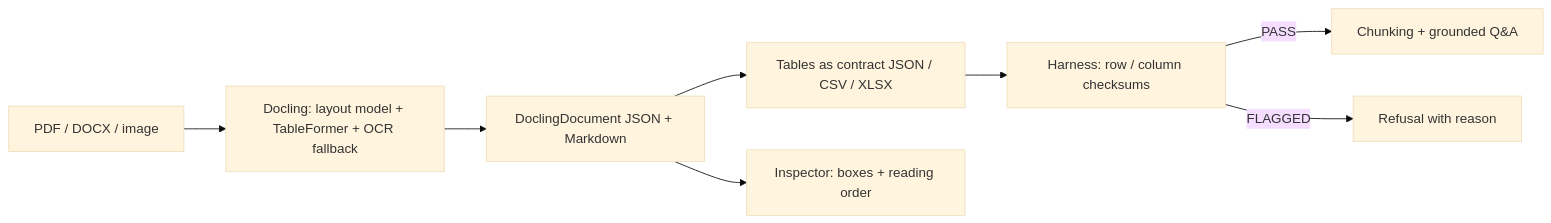
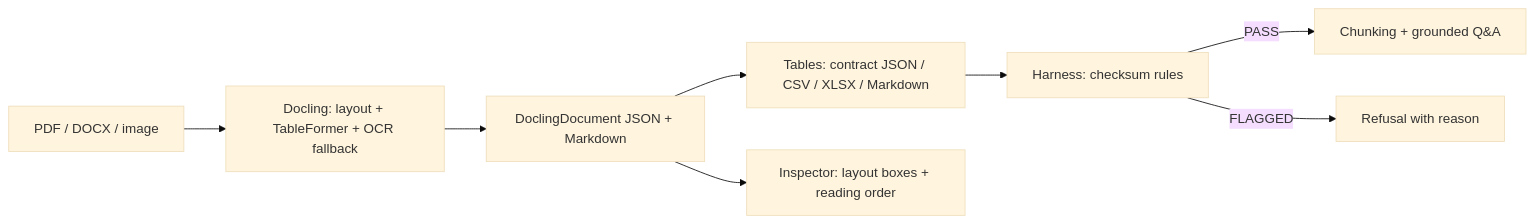
Before and after one commit to resoy-33/docling-document-intelligence: the diagram in README.md, drawn with Mermaid (base theme). The commit also changed other lines of this file and 4 other files, not shown here.

````diff
--- a/README.md
+++ b/README.md
@@ -7,10 +44,10 @@
 ```mermaid
 flowchart LR
-  A[PDF / DOCX / image] --> B[Docling: layout model + TableFormer + OCR fallback]
+  A[PDF / DOCX / image] --> B[Docling: layout + TableFormer + OCR fallback]
   B --> C[DoclingDocument JSON + Markdown]
-  C --> D[Tables as contract JSON / CSV / XLSX]
-  D --> E[Harness: row / column checksums]
+  C --> D[Tables: contract JSON / CSV / XLSX / Markdown]
+  D --> E[Harness: checksum rules]
   E -->|PASS| F[Chunking + grounded Q&A]
   E -->|FLAGGED| G[Refusal with reason]
-  C --> H[Inspector: boxes + reading order]
+  C --> H[Inspector: layout boxes + reading order]
 ```
````
